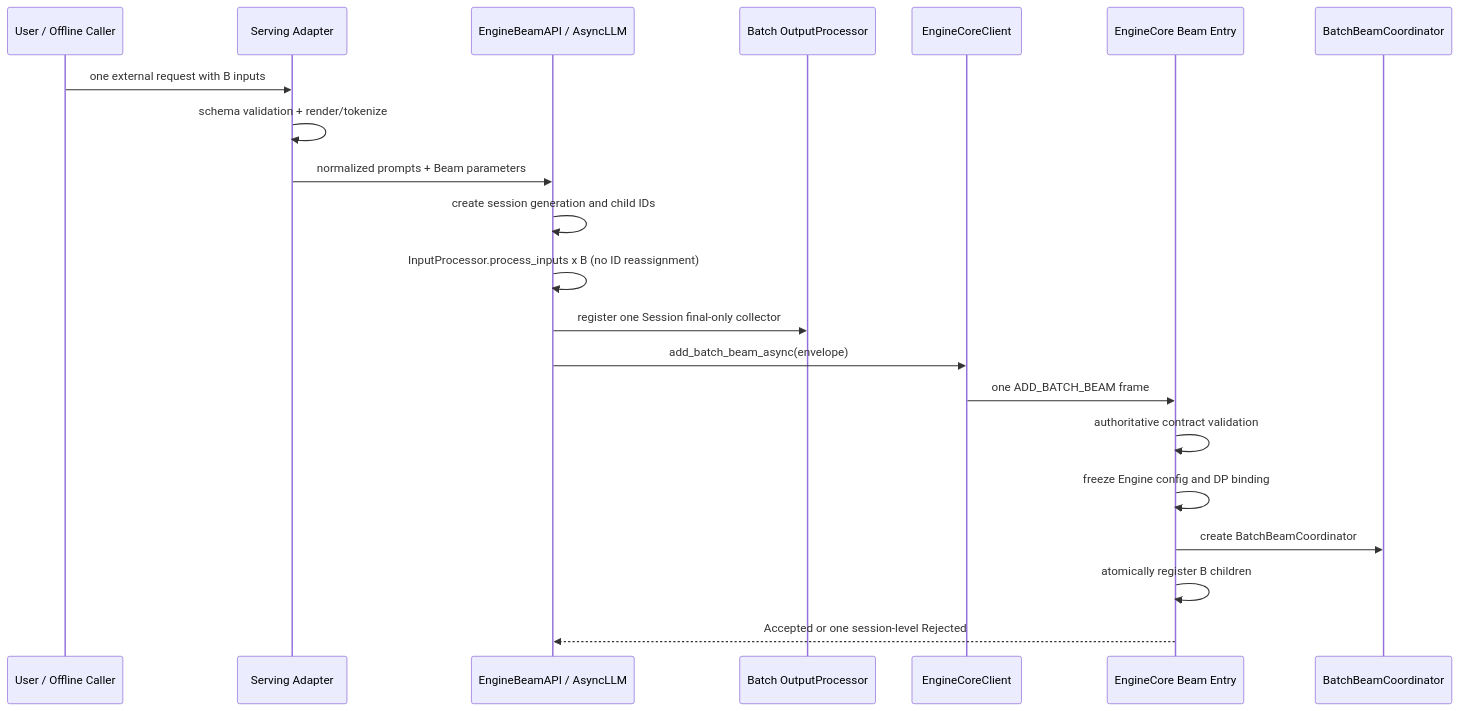
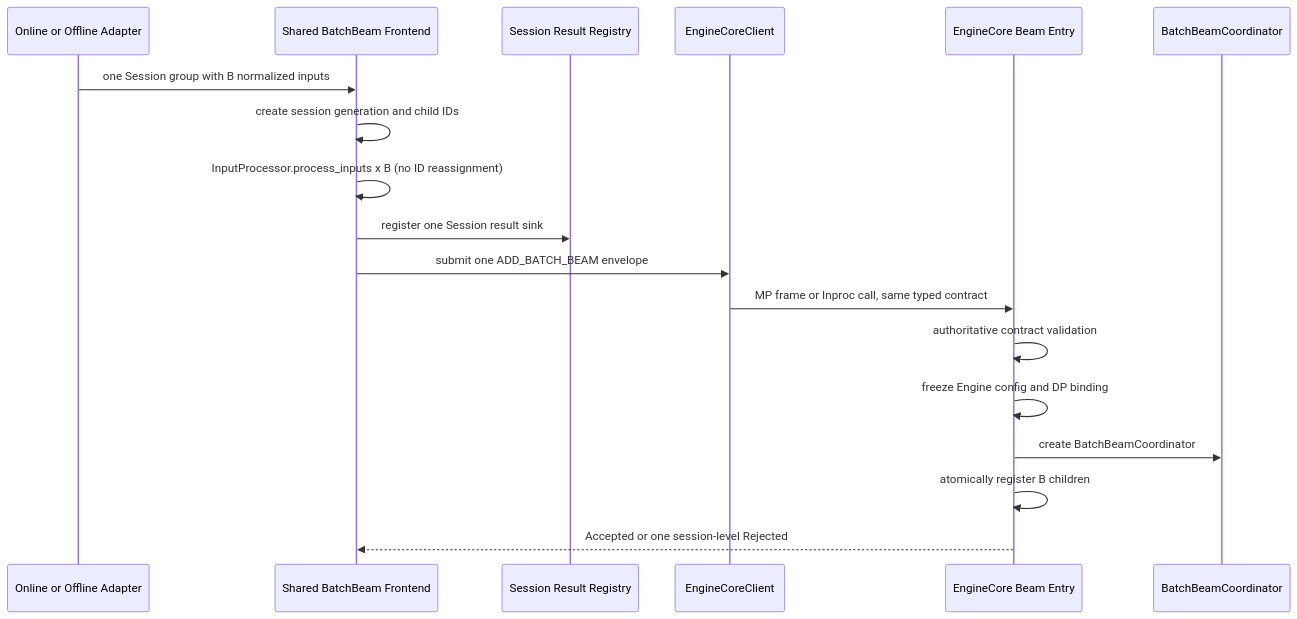
The second of 2 diagrams in vllm-GR/serving_to_enginecore_batch_beam_entry_design.md (zhanghanleo10/gr-related), drawn with Mermaid before and after one commit. The commit also changed other lines of this file, not shown here.

Commit message:
docs: add offline Batch Beam entry design

````diff
--- a/vllm-GR/serving_to_enginecore_batch_beam_entry_design.md
+++ b/vllm-GR/serving_to_enginecore_batch_beam_entry_design.md
@@ -116,24 +143,21 @@
 ```mermaid
 sequenceDiagram
-    participant U as User / Offline Caller
-    participant S as Serving Adapter
-    participant A as EngineBeamAPI / AsyncLLM
-    participant O as Batch OutputProcessor
+    participant F as Online or Offline Adapter
+    participant A as Shared BatchBeam Frontend
+    participant R as Session Result Registry
     participant C as EngineCoreClient
     participant E as EngineCore Beam Entry
     participant B as BatchBeamCoordinator
 
-    U->>S: one external request with B inputs
-    S->>S: schema validation + render/tokenize
-    S->>A: normalized prompts + Beam parameters
+    F->>A: one Session group with B normalized inputs
     A->>A: create session generation and child IDs
     A->>A: InputProcessor.process_inputs x B (no ID reassignment)
-    A->>O: register one Session final-only collector
-    A->>C: add_batch_beam_async(envelope)
-    C->>E: one ADD_BATCH_BEAM frame
+    A->>R: register one Session result sink
+    A->>C: submit one ADD_BATCH_BEAM envelope
+    C->>E: MP frame or Inproc call, same typed contract
     E->>E: authoritative contract validation
     E->>E: freeze Engine config and DP binding
     E->>B: create BatchBeamCoordinator
     E->>E: atomically register B children
     E-->>A: Accepted or one session-level Rejected
 ```
````
